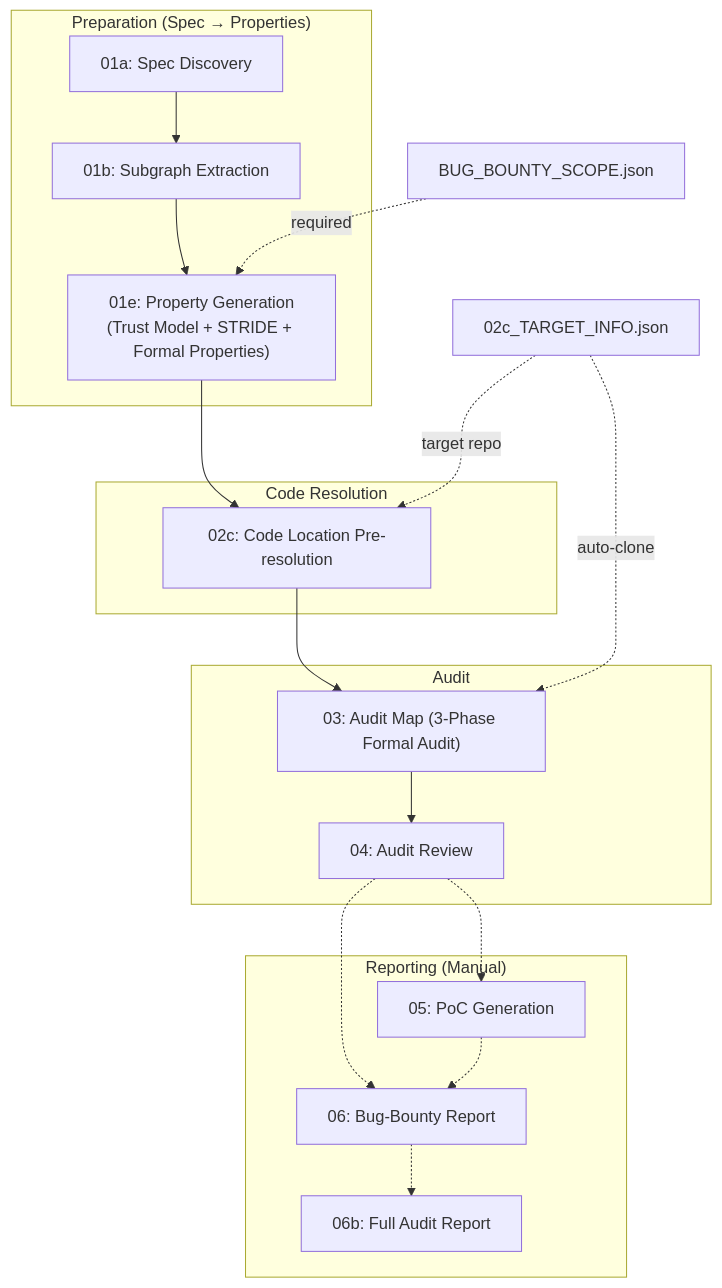
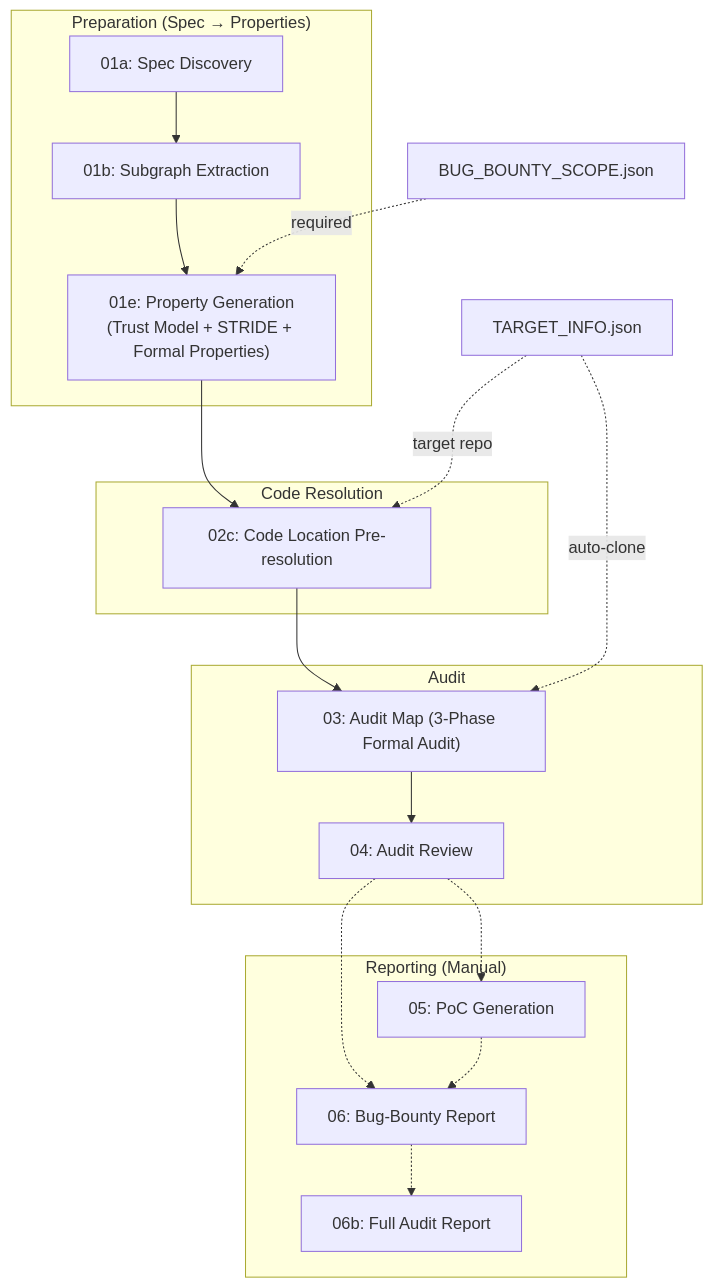
Before and after one commit to Meta-Develop/speca_for_codex: the diagram in README.md, drawn with Mermaid. The commit also changed other lines of this file and 14 other files, not shown here.

````diff
--- a/README.md
+++ b/README.md
@@ -39,27 +39,27 @@
 ```mermaid
 flowchart TB
     subgraph "Preparation (Spec → Properties)"
         A["01a: Spec Discovery"] --> B["01b: Subgraph Extraction"]
         B --> E["01e: Property Generation<br/>(Trust Model + STRIDE + Formal Properties)"]
     end
 
     subgraph "Code Resolution"
         E --> F["02c: Code Location Pre-resolution"]
     end
 
     subgraph "Audit"
         F --> G["03: Audit Map (3-Phase Formal Audit)"]
         G --> H["04: Audit Review"]
     end
 
     subgraph "Reporting (Manual)"
         H -.-> I["05: PoC Generation"]
         H -.-> J["06: Bug-Bounty Report"]
         I -.-> J
         J -.-> K["06b: Full Audit Report"]
     end
 
     BBS["BUG_BOUNTY_SCOPE.json"] -.->|required| E
-    TI["02c_TARGET_INFO.json"] -.->|target repo| F
+    TI["TARGET_INFO.json"] -.->|target repo| F
     TI -.->|auto-clone| G
 ```
````
